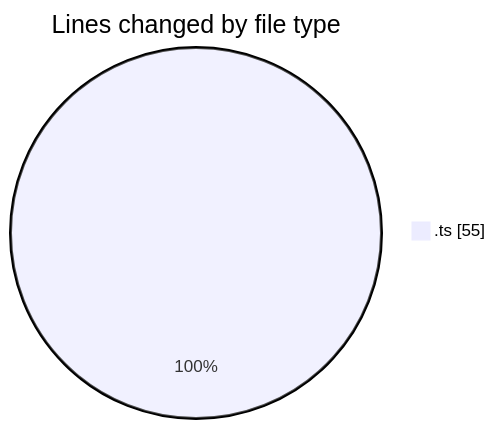
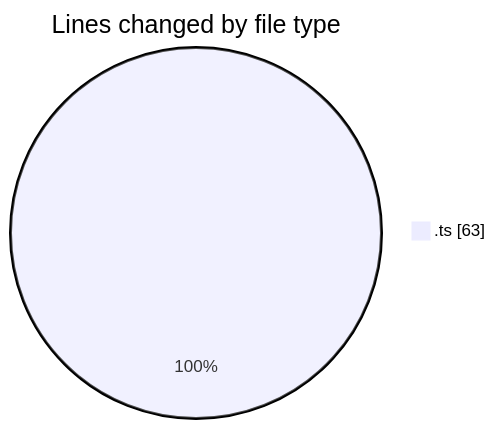
Before and after one commit to donsfak/code-tracking: the first of 2 diagrams in 2025-02-08/maps_clone/README.md, drawn with Mermaid. The commit also changed other lines of this file and 1 other file, not shown here.

````diff
--- a/2025-02-08/maps_clone/README.md
+++ b/2025-02-08/maps_clone/README.md
@@ -20,5 +20,5 @@
 ```mermaid
 pie showData
 title Lines changed by file type
-".ts" : 55
+".ts" : 63
 ```
````
